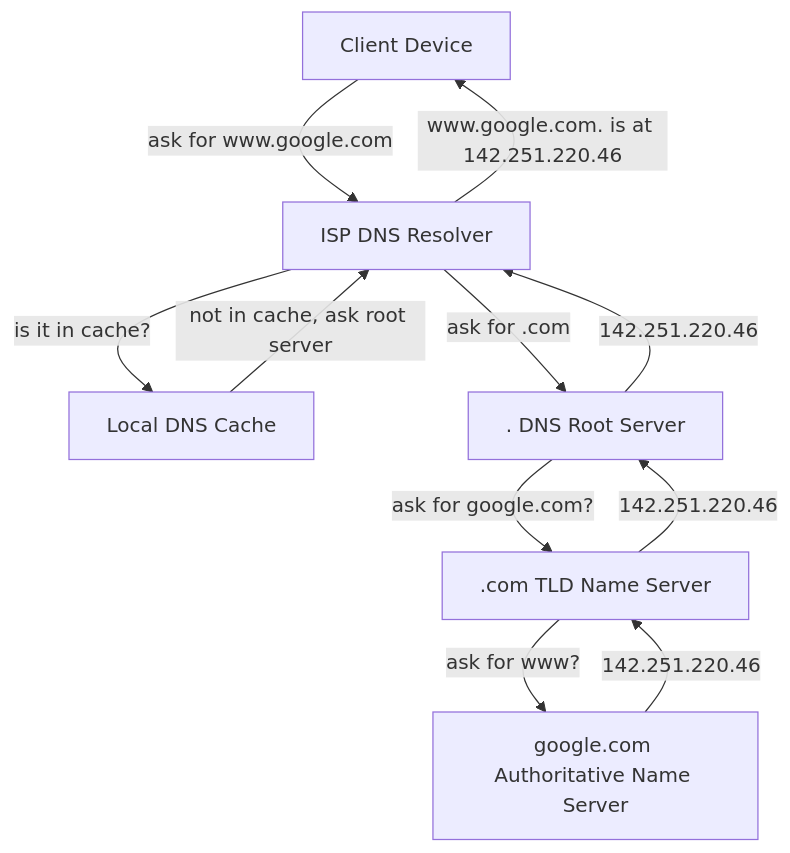
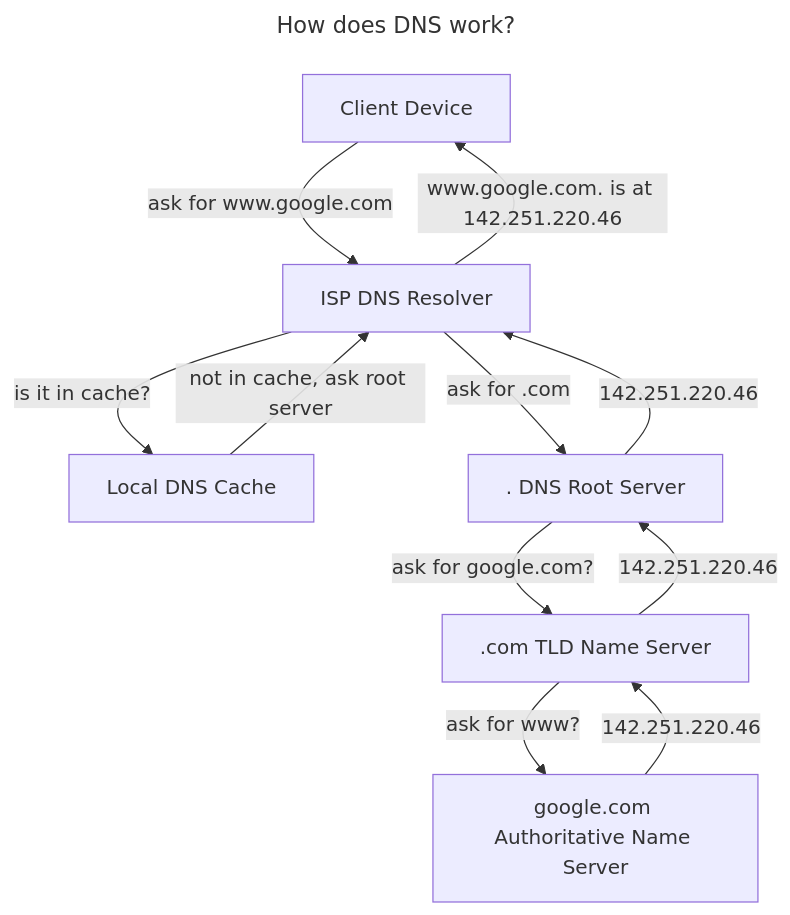
The first of 2 diagrams in pages/domain-name-system.md (phucnguyen81/system-design-primer), drawn with Mermaid before and after one commit. The commit also changed other lines of this file and 30 other files, not shown here.

````diff
--- a/pages/domain-name-system.md
+++ b/pages/domain-name-system.md
@@ -15,22 +15,25 @@
 ```mermaid!
+---
+title: How does DNS work?
+---
 graph TD
 
 Client[Client Device]
 DNSCache[Local DNS Cache]
 DNSResolver[ISP DNS Resolver]
 RootServer[. DNS Root Server]
 TLDServer[.com TLD Name Server]
 AuthoritativeDNSServer[google.com Authoritative Name Server]
 
 Client -->|ask for www.google.com| DNSResolver
 DNSResolver -->|is it in cache?| DNSCache
 DNSCache -->|not in cache, ask root server| DNSResolver
 
 DNSResolver --> |www.google.com. is at 142.251.220.46|Client
 DNSResolver -->|ask for .com| RootServer
 RootServer -->|ask for google.com?| TLDServer
 TLDServer -->|ask for www?| AuthoritativeDNSServer
 AuthoritativeDNSServer -->|142.251.220.46| TLDServer
 TLDServer -->|142.251.220.46| RootServer
 RootServer -->|142.251.220.46| DNSResolver
 ```
````
